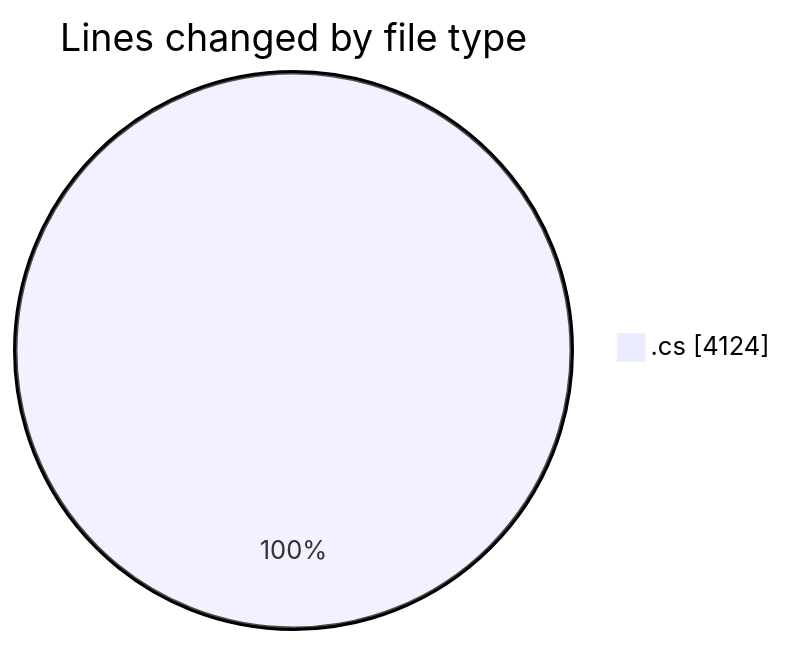
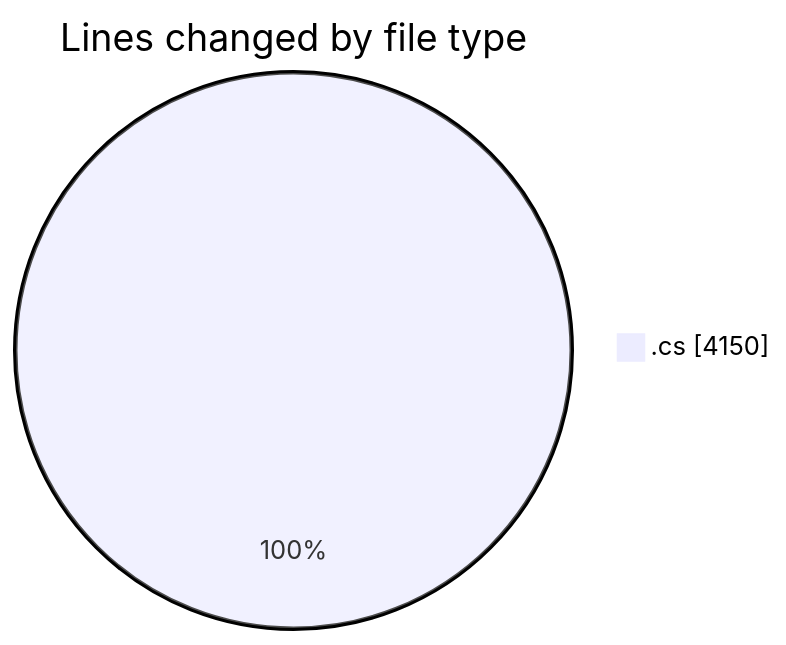
One commit to Netris89/code-tracking changed the first of 2 diagrams in 2025-03-26/back-end/README.md. Above: the diagram before and after it, drawn with Mermaid. The commit also changed other lines of this file and 1 other file, not shown here.

````diff
--- a/2025-03-26/back-end/README.md
+++ b/2025-03-26/back-end/README.md
@@ -48,5 +49,5 @@
 ```mermaid
 pie showData
 title Lines changed by file type
-".cs" : 4124
+".cs" : 4150
 ```
````
